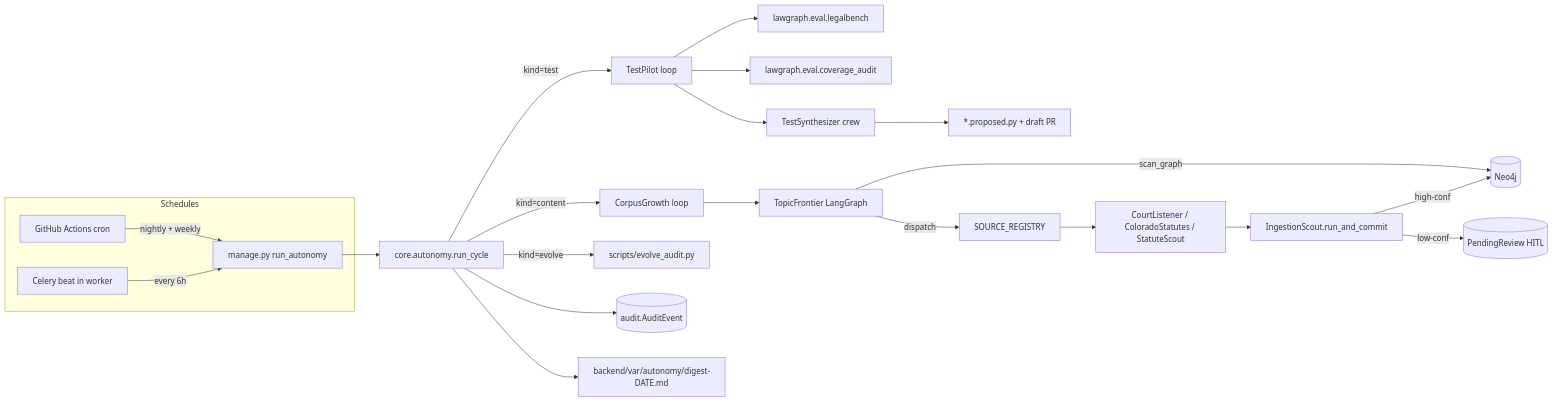
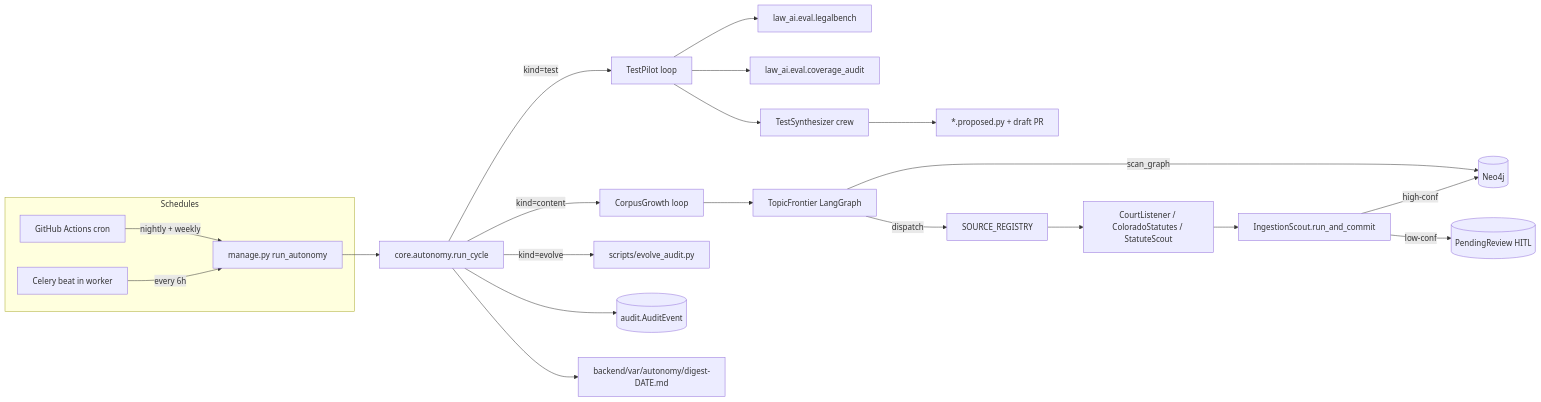
One commit to bamr87/law-ai changed the diagram in specs/018-autonomous-framework/plan.md. Above: the diagram before and after it, drawn with Mermaid. The commit also changed other lines of this file and 403 other files, not shown here.

````diff
--- a/specs/018-autonomous-framework/plan.md
+++ b/specs/018-autonomous-framework/plan.md
@@ -9,27 +9,27 @@
 ```mermaid
 flowchart LR
   subgraph Schedules
     Cron[GitHub Actions cron] -->|nightly + weekly| RunCmd
     Beat[Celery beat in worker] -->|every 6h| RunCmd
   end
   RunCmd[manage.py run_autonomy] --> Orchestrator[core.autonomy.run_cycle]
   Orchestrator -->|kind=test| TestPilot[TestPilot loop]
   Orchestrator -->|kind=content| CorpusGrowth[CorpusGrowth loop]
   Orchestrator -->|kind=evolve| Evolve[scripts/evolve_audit.py]
 
-  TestPilot --> LegalBench[lawgraph.eval.legalbench]
-  TestPilot --> Coverage[lawgraph.eval.coverage_audit]
+  TestPilot --> LegalBench[law_ai.eval.legalbench]
+  TestPilot --> Coverage[law_ai.eval.coverage_audit]
   TestPilot --> Synth[TestSynthesizer crew]
   Synth --> Proposed[*.proposed.py + draft PR]
 
   CorpusGrowth --> Frontier[TopicFrontier LangGraph]
   Frontier -->|scan_graph| Neo4j[(Neo4j)]
   Frontier -->|dispatch| Registry[SOURCE_REGISTRY]
   Registry --> Adapters[CourtListener / ColoradoStatutes / StatuteScout]
   Adapters --> Scout[IngestionScout.run_and_commit]
   Scout -->|high-conf| Neo4j
   Scout -->|low-conf| Pending[(PendingReview HITL)]
 
   Orchestrator --> Audit[(audit.AuditEvent)]
   Orchestrator --> Digest[backend/var/autonomy/digest-DATE.md]
 ```
````
